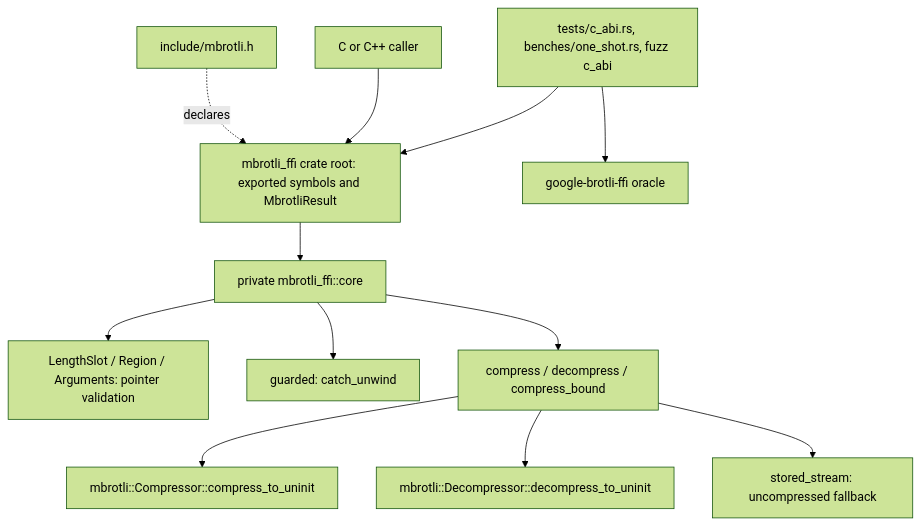
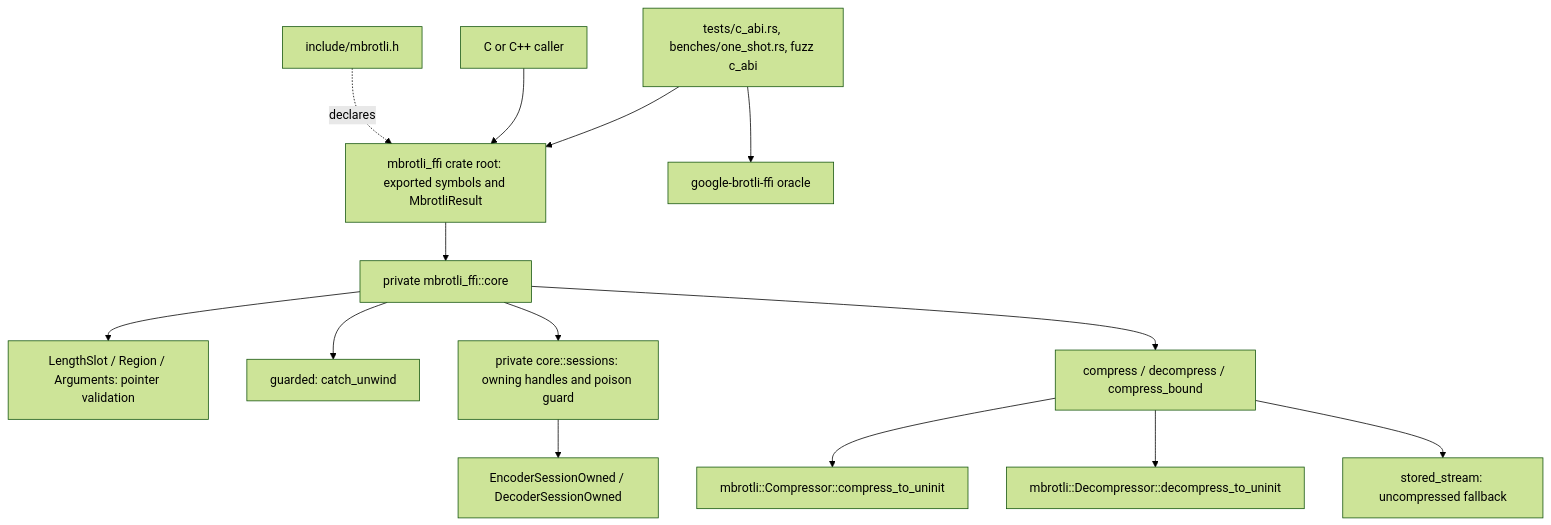
The first of 7 diagrams in architecture/c-abi.md (M-Compressors/mbrotli), drawn with Mermaid (forest theme) before and after one commit. The commit also changed other lines of this file and 17 other files, not shown here.

````diff
--- a/architecture/c-abi.md
+++ b/architecture/c-abi.md
@@ -12,14 +12,16 @@
 ```mermaid
 graph TD
     Header[include/mbrotli.h] -. declares .-> Root
     C[C or C++ caller] --> Root[mbrotli_ffi crate root: exported symbols and MbrotliResult]
     Root --> Core[private mbrotli_ffi::core]
     Core --> Validate[LengthSlot / Region / Arguments: pointer validation]
     Core --> Guard[guarded: catch_unwind]
+    Core --> Sessions[private core::sessions: owning handles and poison guard]
+    Sessions --> Owned[EncoderSessionOwned / DecoderSessionOwned]
     Core --> Codec[compress / decompress / compress_bound]
     Codec --> Compressor[mbrotli::Compressor::compress_to_uninit]
     Codec --> Decompressor[mbrotli::Decompressor::decompress_to_uninit]
     Codec --> Stored[stored_stream: uncompressed fallback]
     Tests[tests/c_abi.rs, benches/one_shot.rs, fuzz c_abi] --> Root
     Tests --> Google[google-brotli-ffi oracle]
 ```
````
